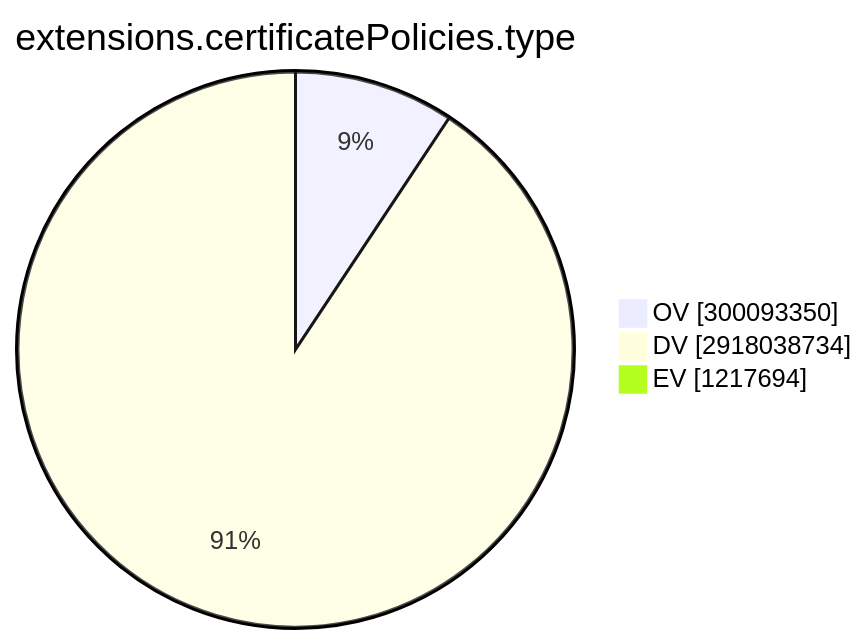
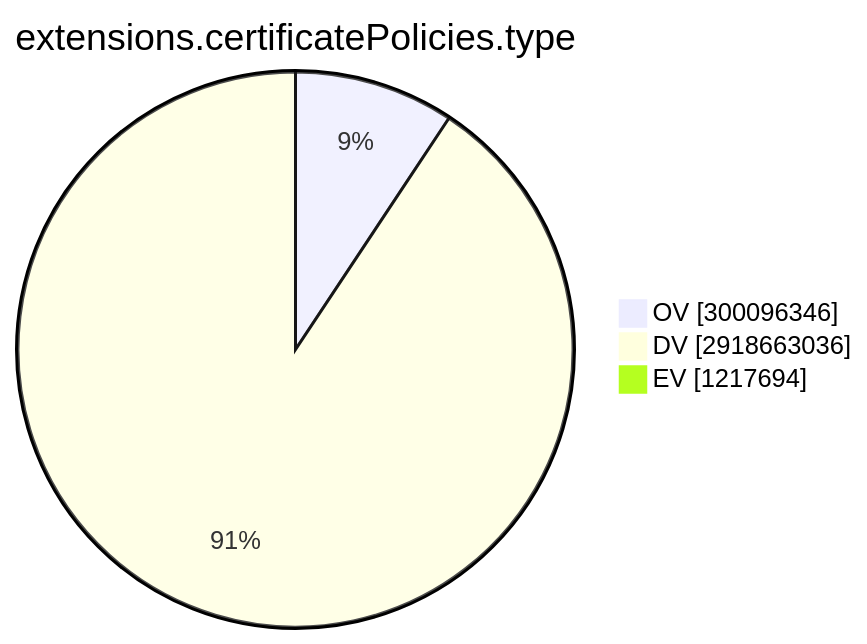
The ninth of 15 diagrams in TOTAL/README.md (christiankrug/ctmonitor_visualization), drawn with Mermaid before and after one commit. The commit also changed other lines of this file, not shown here.

````diff
--- a/TOTAL/README.md
+++ b/TOTAL/README.md
@@ -3101,7 +3101,7 @@
 ```mermaid
 pie showData
 title extensions.certificatePolicies.type
-"OV" :300093350
-"DV" :2918038734
+"OV" :300096346
+"DV" :2918663036
 "EV" :1217694
 ```
````
